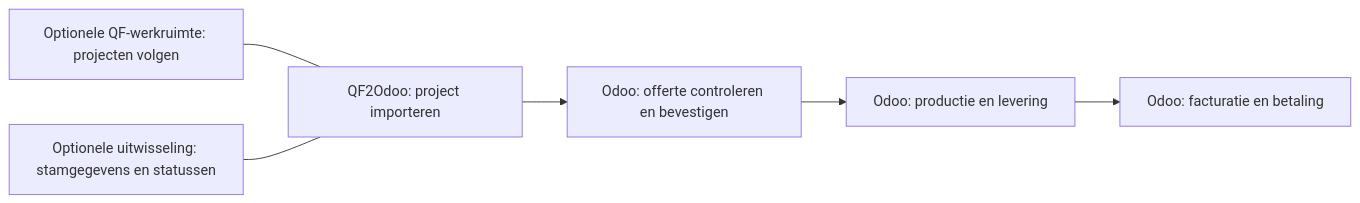
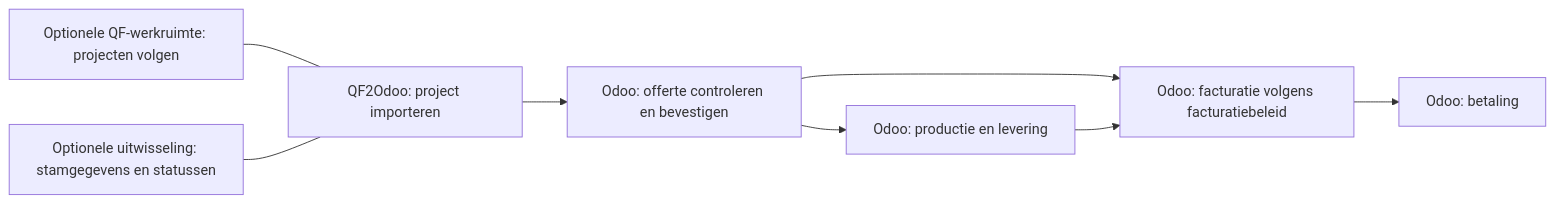
One commit to SheetMetalConnect/smc-mintlify changed the diagram in nl/qf2odoo/settings.mdx. Above: the diagram before and after it, drawn with Mermaid. The commit also changed other lines of this file and 4 other files, not shown here.

````diff
--- a/nl/qf2odoo/settings.mdx
+++ b/nl/qf2odoo/settings.mdx
@@ -30,8 +30,10 @@
 ```mermaid
 flowchart LR
     Q["QF2Odoo: project importeren"] --> C["Odoo: offerte controleren en bevestigen"]
     C --> P["Odoo: productie en levering"]
-    P --> F["Odoo: facturatie en betaling"]
+    C --> F["Odoo: facturatie volgens facturatiebeleid"]
+    P --> F
+    F --> B["Odoo: betaling"]
     W["Optionele QF-werkruimte: projecten volgen"] --- Q
     R["Optionele uitwisseling: stamgegevens en statussen"] --- Q
 ```
````
